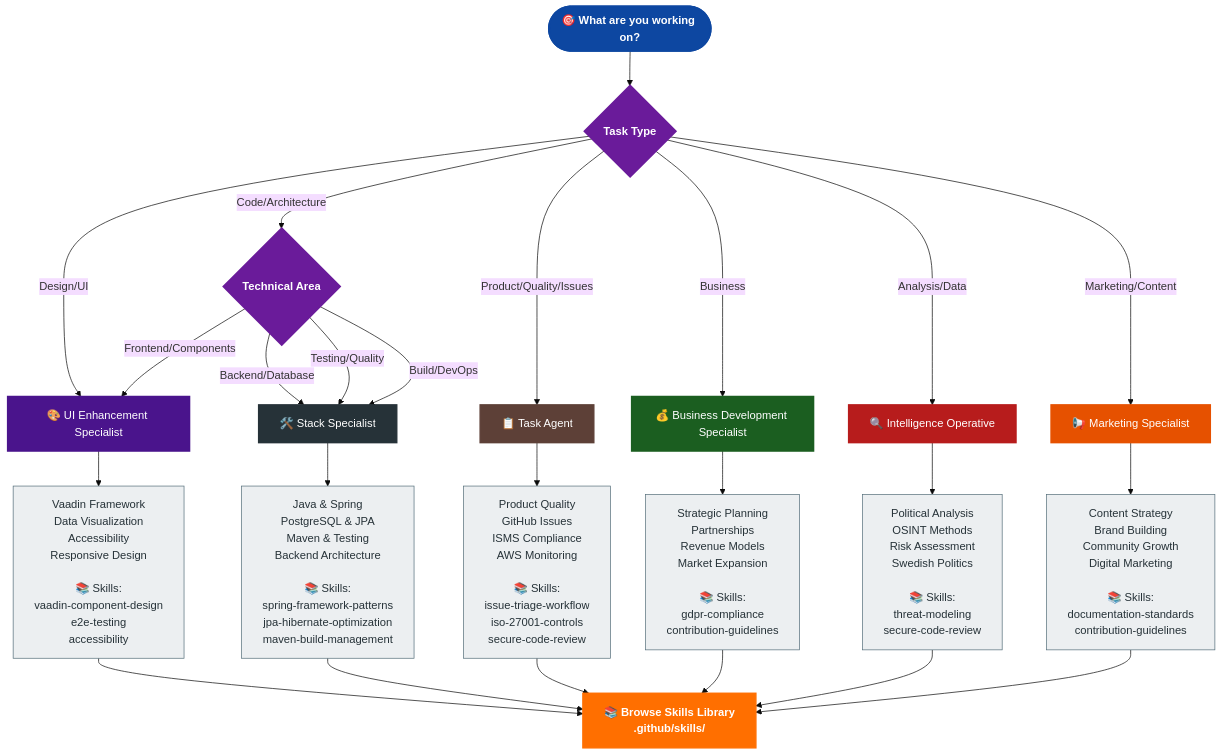
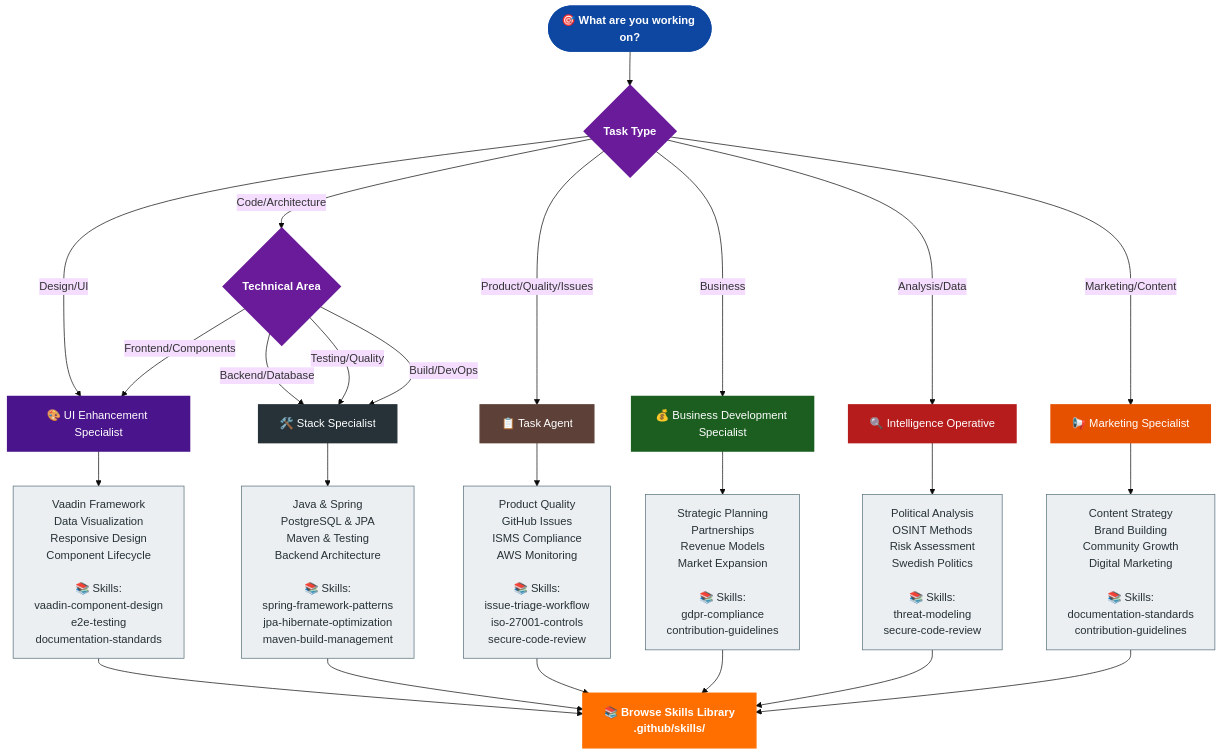
One commit to Hack23/cia changed the second of 2 diagrams in .github/agents/README.md. Above: the diagram before and after it, drawn with Mermaid (base theme). The commit also changed 10 other files, not shown here.

````diff
--- a/.github/agents/README.md
+++ b/.github/agents/README.md
@@ -640,52 +640,52 @@
 ```mermaid
 flowchart TD
     Start([🎯 What are you working on?]) --> Type{Task Type}
     
     Type -->|Code/Architecture| Tech{Technical Area}
     Type -->|Design/UI| UI[🎨 UI Enhancement Specialist]
     Type -->|Business| Biz[💰 Business Development Specialist]
     Type -->|Analysis/Data| Intel[🔍 Intelligence Operative]
     Type -->|Marketing/Content| Market[📢 Marketing Specialist]
     Type -->|Product/Quality/Issues| Task[📋 Task Agent]
     
     Tech -->|Backend/Database| Stack[🛠️ Stack Specialist]
     Tech -->|Frontend/Components| UI
     Tech -->|Testing/Quality| Stack
     Tech -->|Build/DevOps| Stack
     
-    UI --> UIDesc[Vaadin Framework<br/>Data Visualization<br/>Accessibility<br/>Responsive Design<br/><br/>📚 Skills:<br/>vaadin-component-design<br/>e2e-testing<br/>accessibility]
+    UI --> UIDesc[Vaadin Framework<br/>Data Visualization<br/>Responsive Design<br/>Component Lifecycle<br/><br/>📚 Skills:<br/>vaadin-component-design<br/>e2e-testing<br/>documentation-standards]
     Stack --> StackDesc[Java & Spring<br/>PostgreSQL & JPA<br/>Maven & Testing<br/>Backend Architecture<br/><br/>📚 Skills:<br/>spring-framework-patterns<br/>jpa-hibernate-optimization<br/>maven-build-management]
     Task --> TaskDesc[Product Quality<br/>GitHub Issues<br/>ISMS Compliance<br/>AWS Monitoring<br/><br/>📚 Skills:<br/>issue-triage-workflow<br/>iso-27001-controls<br/>secure-code-review]
     Biz --> BizDesc[Strategic Planning<br/>Partnerships<br/>Revenue Models<br/>Market Expansion<br/><br/>📚 Skills:<br/>gdpr-compliance<br/>contribution-guidelines]
     Intel --> IntelDesc[Political Analysis<br/>OSINT Methods<br/>Risk Assessment<br/>Swedish Politics<br/><br/>📚 Skills:<br/>threat-modeling<br/>secure-code-review]
     Market --> MarketDesc[Content Strategy<br/>Brand Building<br/>Community Growth<br/>Digital Marketing<br/><br/>📚 Skills:<br/>documentation-standards<br/>contribution-guidelines]
     
     UIDesc --> Skills[📚 Browse Skills Library<br/>.github/skills/]
     StackDesc --> Skills
     TaskDesc --> Skills
     BizDesc --> Skills
     IntelDesc --> Skills
     MarketDesc --> Skills
     
     classDef startNode fill:#0D47A1,stroke:#0D47A1,stroke-width:3px,color:#fff,font-weight:bold
     classDef decisionNode fill:#6A1B9A,stroke:#6A1B9A,stroke-width:3px,color:#fff,font-weight:bold
     classDef taskNode fill:#5D4037,stroke:#5D4037,stroke-width:2px,color:#fff
     classDef stackNode fill:#263238,stroke:#263238,stroke-width:2px,color:#fff
     classDef uiNode fill:#4A148C,stroke:#4A148C,stroke-width:2px,color:#fff
     classDef bizNode fill:#1B5E20,stroke:#1B5E20,stroke-width:2px,color:#fff
     classDef intelNode fill:#B71C1C,stroke:#B71C1C,stroke-width:2px,color:#fff
     classDef marketNode fill:#E65100,stroke:#E65100,stroke-width:2px,color:#fff
     classDef descNode fill:#ECEFF1,stroke:#546E7A,stroke-width:1px,color:#263238
     classDef skillsNode fill:#FF6F00,stroke:#FF6F00,stroke-width:2px,color:#fff,font-weight:bold
     
     class Start startNode
     class Type,Tech decisionNode
     class Task taskNode
     class Stack stackNode
     class UI uiNode
     class Biz bizNode
     class Intel intelNode
     class Market marketNode
     class UIDesc,StackDesc,TaskDesc,BizDesc,IntelDesc,MarketDesc descNode
     class Skills skillsNode
 ```
````
